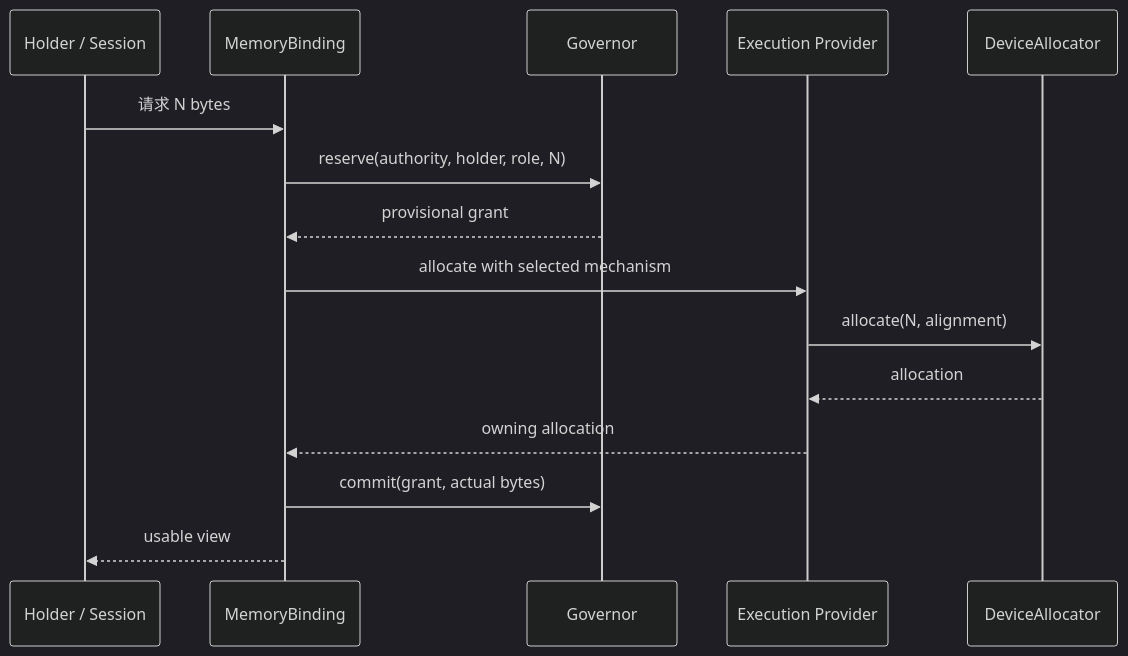
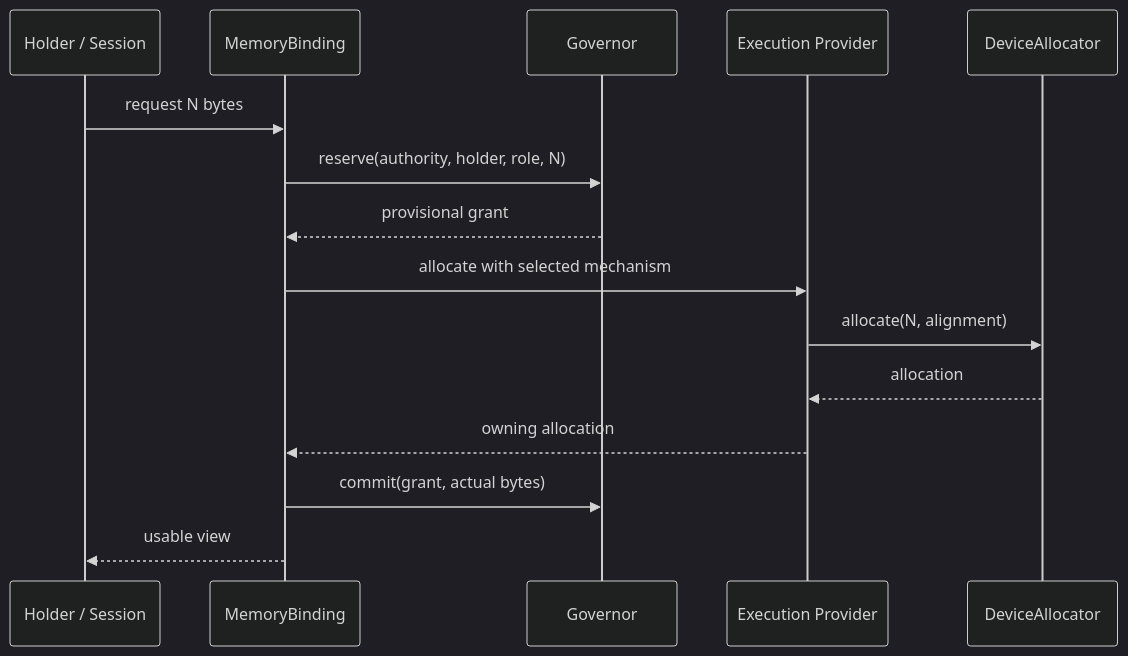
The second of 3 diagrams in content/en/memory/Memory Management for Beginners.md (justinchuby/onnx-genai-wiki), drawn with Mermaid (dark theme) before and after one commit. The commit also changed other lines of this file and 6 other files, not shown here.

````diff
--- a/content/en/memory/Memory Management for Beginners.md
+++ b/content/en/memory/Memory Management for Beginners.md
@@ -338,18 +338,18 @@
 ```mermaid
 sequenceDiagram
     participant H as Holder / Session
     participant B as MemoryBinding
     participant G as Governor
     participant E as Execution Provider
     participant A as DeviceAllocator
 
-    H->>B: 请求 N bytes
+    H->>B: request N bytes
     B->>G: reserve(authority, holder, role, N)
     G-->>B: provisional grant
     B->>E: allocate with selected mechanism
     E->>A: allocate(N, alignment)
     A-->>E: allocation
     E-->>B: owning allocation
     B->>G: commit(grant, actual bytes)
     B-->>H: usable view
 ```
````
